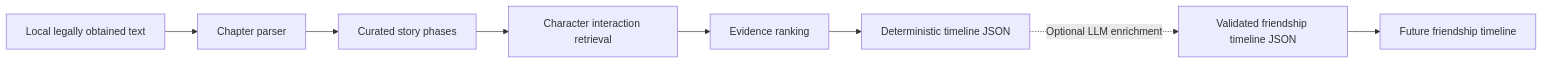
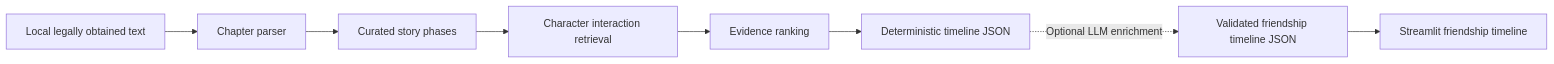
Before and after one commit to haleyparks329/potter-new-haley: the diagram in README.md, drawn with Mermaid. The commit also changed other lines of this file and 5 other files, not shown here.

Commit message:
Build interactive friendship timeline MVP

````diff
--- a/README.md
+++ b/README.md
@@ -18,10 +20,10 @@
 ```mermaid
 flowchart LR
     A[Local legally obtained text] --> B[Chapter parser]
     B --> C[Curated story phases]
     C --> D[Character interaction retrieval]
     D --> E[Evidence ranking]
     E --> F[Deterministic timeline JSON]
     F -. Optional LLM enrichment .-> G[Validated friendship timeline JSON]
-    G --> H[Future friendship timeline]
+    G --> H[Streamlit friendship timeline]
 ```
````
